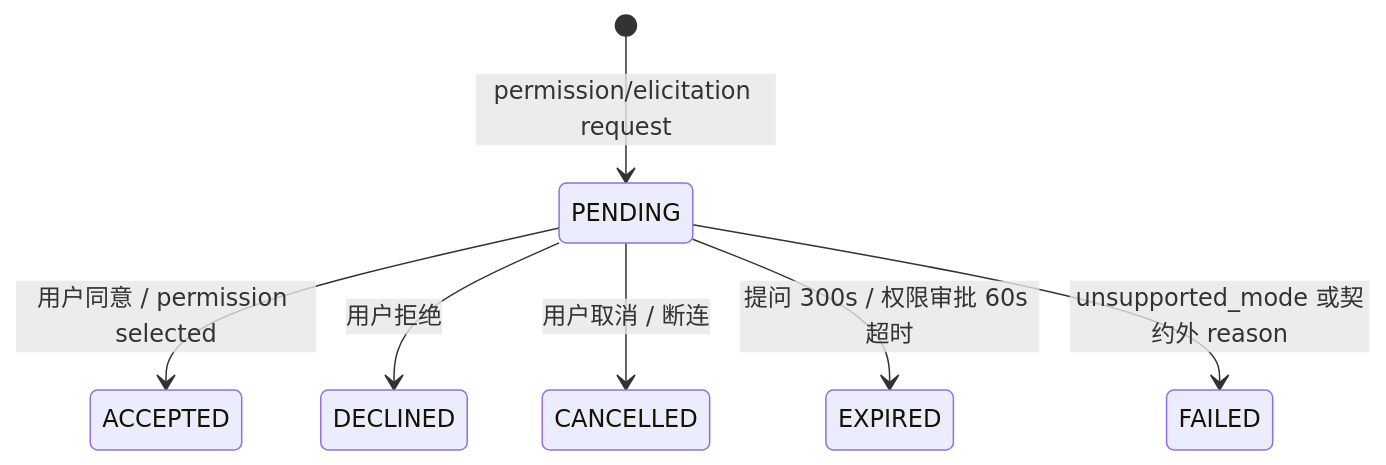
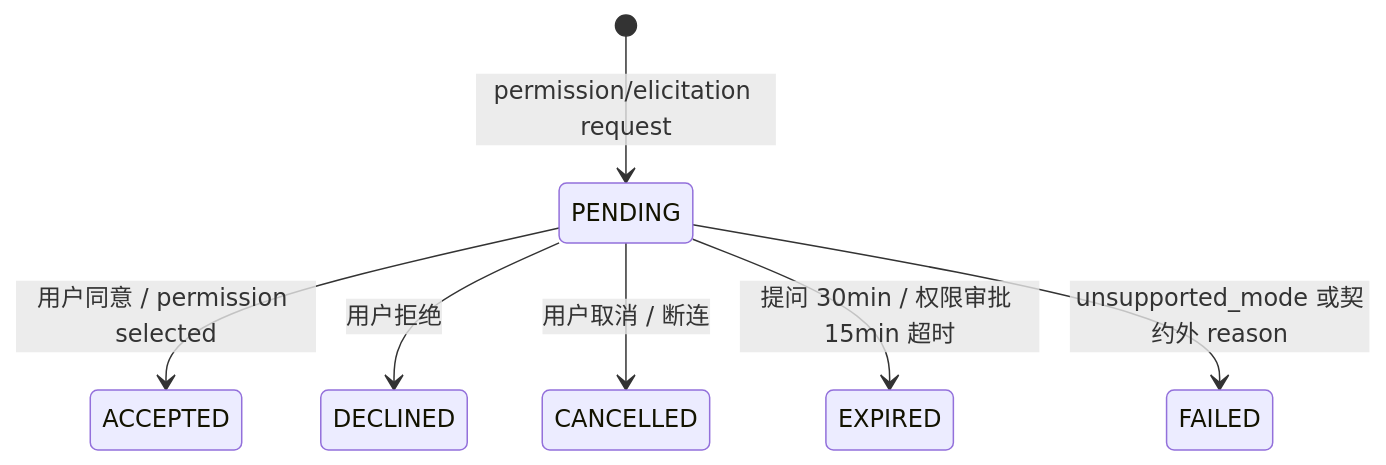
Before and after one commit to Deliay/z-agent-gear: the second of 3 diagrams in docs/knowledges/domain/50-会话与交互/00-上下文概览.md, drawn with Mermaid. The commit also changed other lines of this file and 6 other files, not shown here.

````diff
--- a/docs/knowledges/domain/50-会话与交互/00-上下文概览.md
+++ b/docs/knowledges/domain/50-会话与交互/00-上下文概览.md
@@ -51,9 +51,9 @@
 ```mermaid
 stateDiagram-v2
     [*] --> PENDING: permission/elicitation request
     PENDING --> ACCEPTED: 用户同意 / permission selected
     PENDING --> DECLINED: 用户拒绝
     PENDING --> CANCELLED: 用户取消 / 断连
-    PENDING --> EXPIRED: 提问 300s / 权限审批 60s 超时
+    PENDING --> EXPIRED: 提问 30min / 权限审批 15min 超时
     PENDING --> FAILED: unsupported_mode 或契约外 reason
 ```
````
